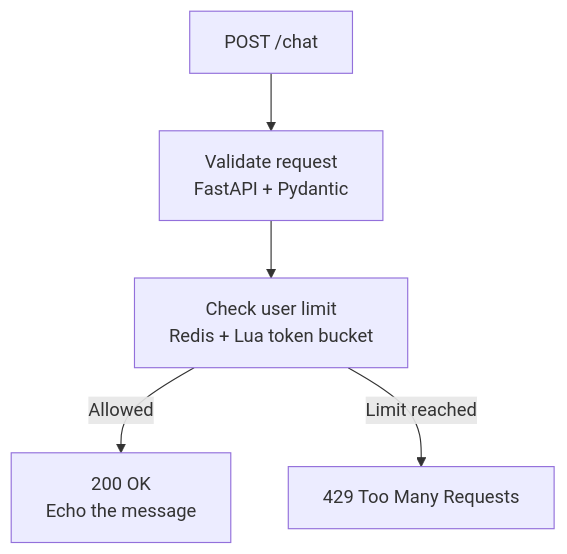
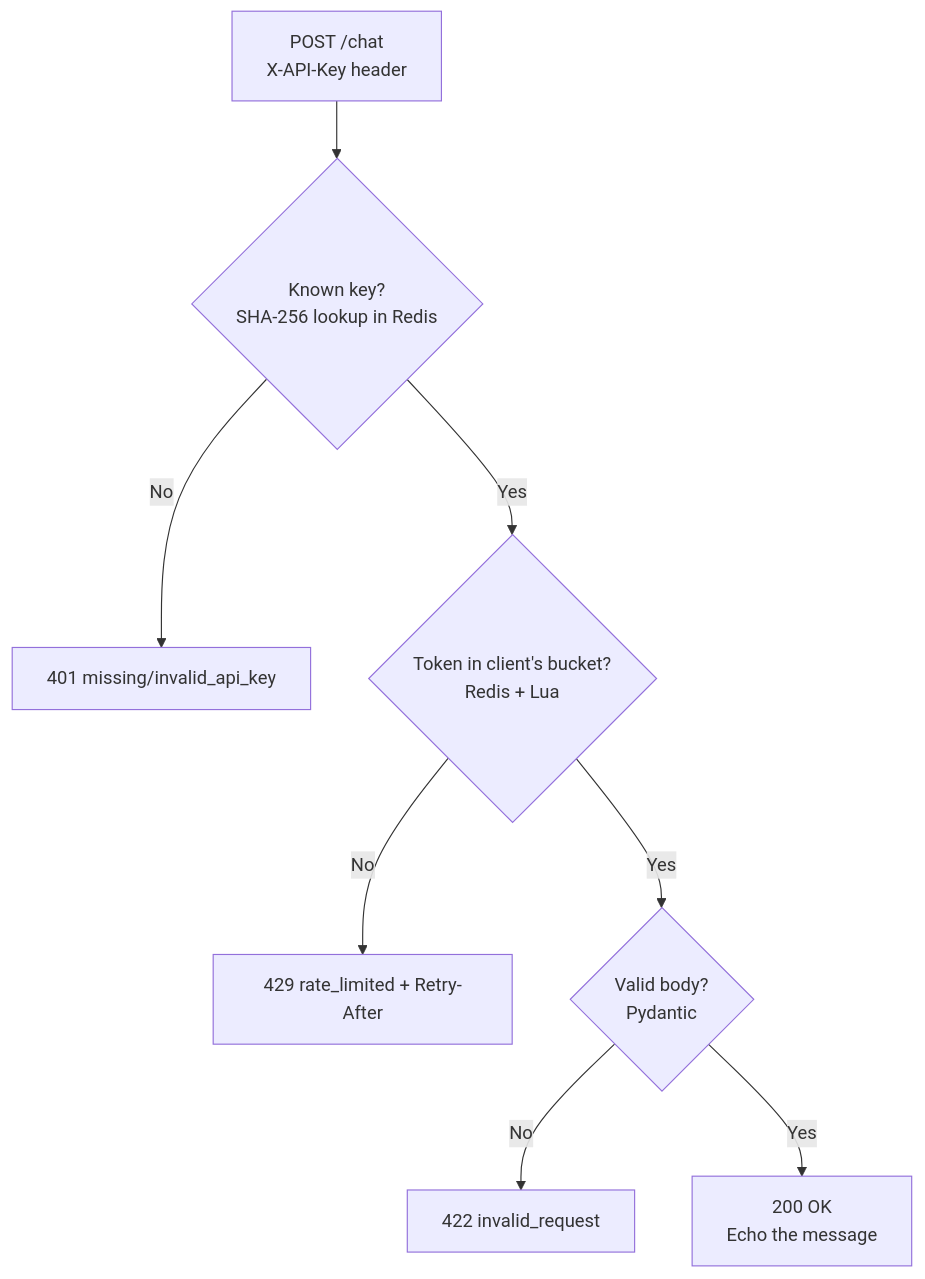
Before and after one commit to ChingangbamDpakAngom/aegis-gateway: the first of 2 diagrams in README.md, drawn with Mermaid. The commit also changed other lines of this file and 8 other files, not shown here.

First line of the commit message:
phase1: API-key identity, per-client limits, strict request contract

````diff
--- a/README.md
+++ b/README.md
@@ -37,7 +38,10 @@
 ```mermaid
 flowchart TD
-    A["POST /chat"] --> B["Validate request<br/>FastAPI + Pydantic"]
-    B --> C["Check user limit<br/>Redis + Lua token bucket"]
-    C -->|"Allowed"| D["200 OK<br/>Echo the message"]
-    C -->|"Limit reached"| E["429 Too Many Requests"]
+    A["POST /chat<br/>X-API-Key header"] --> B{"Known key?<br/>SHA-256 lookup in Redis"}
+    B -->|"No"| X["401 missing/invalid_api_key"]
+    B -->|"Yes"| C{"Token in client's bucket?<br/>Redis + Lua"}
+    C -->|"No"| Y["429 rate_limited + Retry-After"]
+    C -->|"Yes"| D{"Valid body?<br/>Pydantic"}
+    D -->|"No"| Z["422 invalid_request"]
+    D -->|"Yes"| E["200 OK<br/>Echo the message"]
 ```
````
